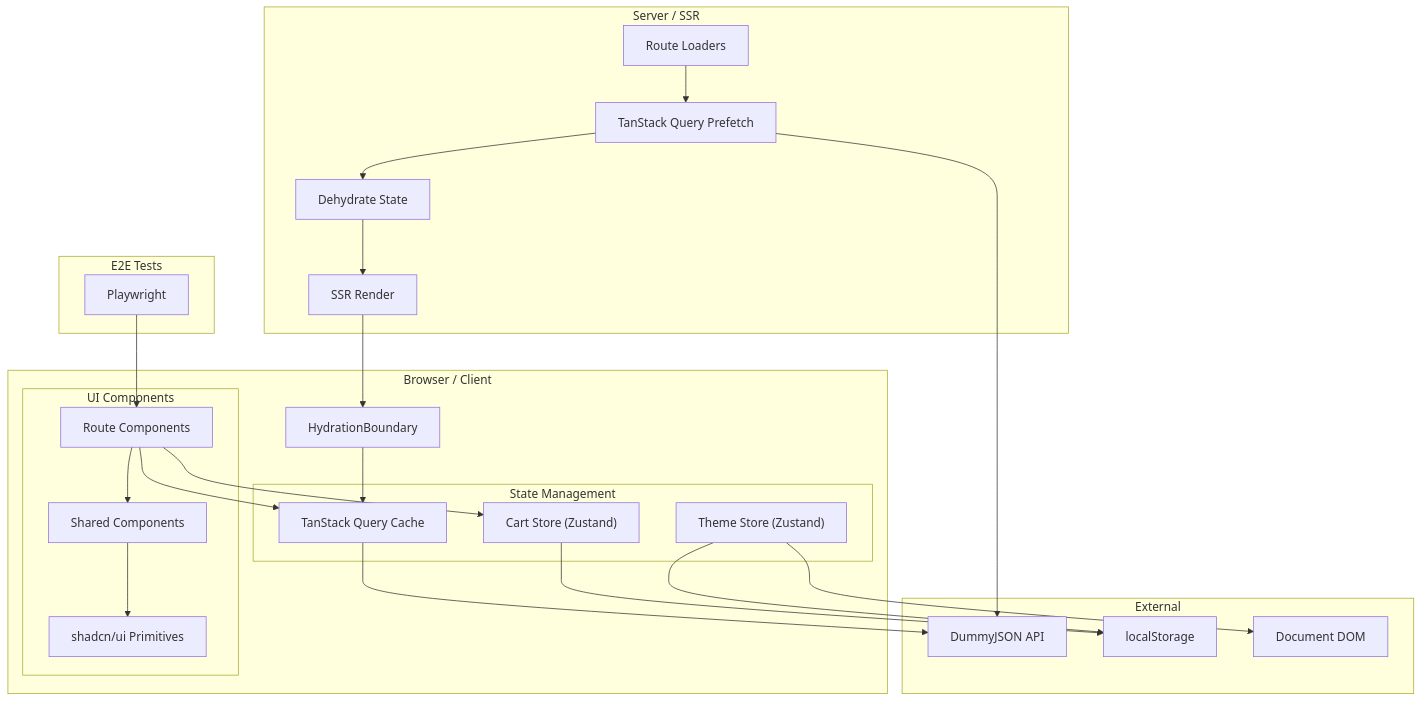
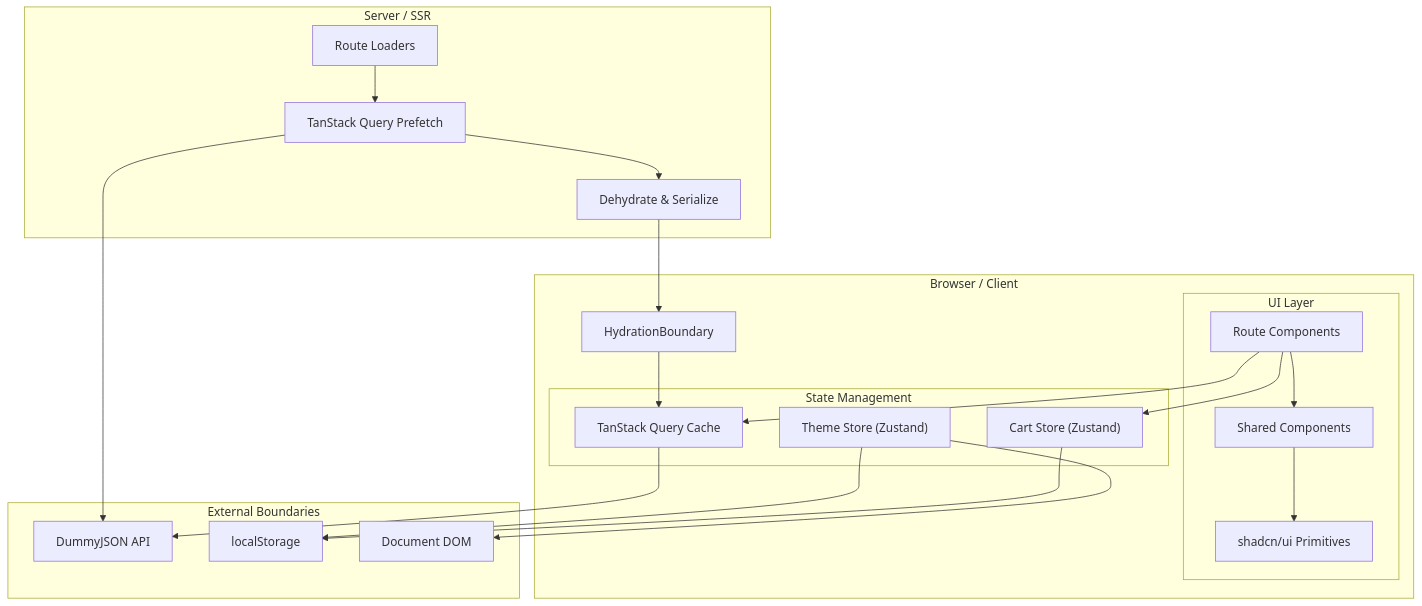
One commit to Kord96/kordinate-docs changed the first of 3 diagrams in src/content/docs/sous-storefront/overview.md. Above: the diagram before and after it, drawn with Mermaid. The commit also changed other lines of this file and 4 other files, not shown here.

First line of the commit message:
Graph-first sous-storefront docs — 16 diagrams, interactive viewer

````diff
--- a/src/content/docs/sous-storefront/overview.md
+++ b/src/content/docs/sous-storefront/overview.md
@@ -35,49 +9,42 @@
 ```mermaid
 graph TB
     subgraph Server["Server / SSR"]
         Loader["Route Loaders"]
         Prefetch["TanStack Query Prefetch"]
-        Dehydrate["Dehydrate State"]
-        SSRRender["SSR Render"]
+        Dehydrate["Dehydrate & Serialize"]
     end
 
-    subgraph Browser["Browser / Client"]
+    subgraph Client["Browser / Client"]
         Hydration["HydrationBoundary"]
         subgraph State["State Management"]
             TQ["TanStack Query Cache"]
             CartStore["Cart Store (Zustand)"]
             ThemeStore["Theme Store (Zustand)"]
         end
-        subgraph UI["UI Components"]
+        subgraph UI["UI Layer"]
             Routes["Route Components"]
             Shared["Shared Components"]
             Primitives["shadcn/ui Primitives"]
         end
     end
 
-    subgraph External["External"]
+    subgraph External["External Boundaries"]
         API["DummyJSON API"]
         LS["localStorage"]
         DOM["Document DOM"]
     end
 
-    subgraph Tests["E2E Tests"]
-        PW["Playwright"]
-    end
-
     Loader --> Prefetch
     Prefetch --> API
     Prefetch --> Dehydrate
-    Dehydrate --> SSRRender
-    SSRRender --> Hydration
+    Dehydrate --> Hydration
     Hydration --> TQ
     TQ --> API
     CartStore --> LS
     ThemeStore --> LS
     ThemeStore --> DOM
     Routes --> Shared
     Shared --> Primitives
     Routes --> TQ
     Routes --> CartStore
-    PW --> Routes
 ```
````
